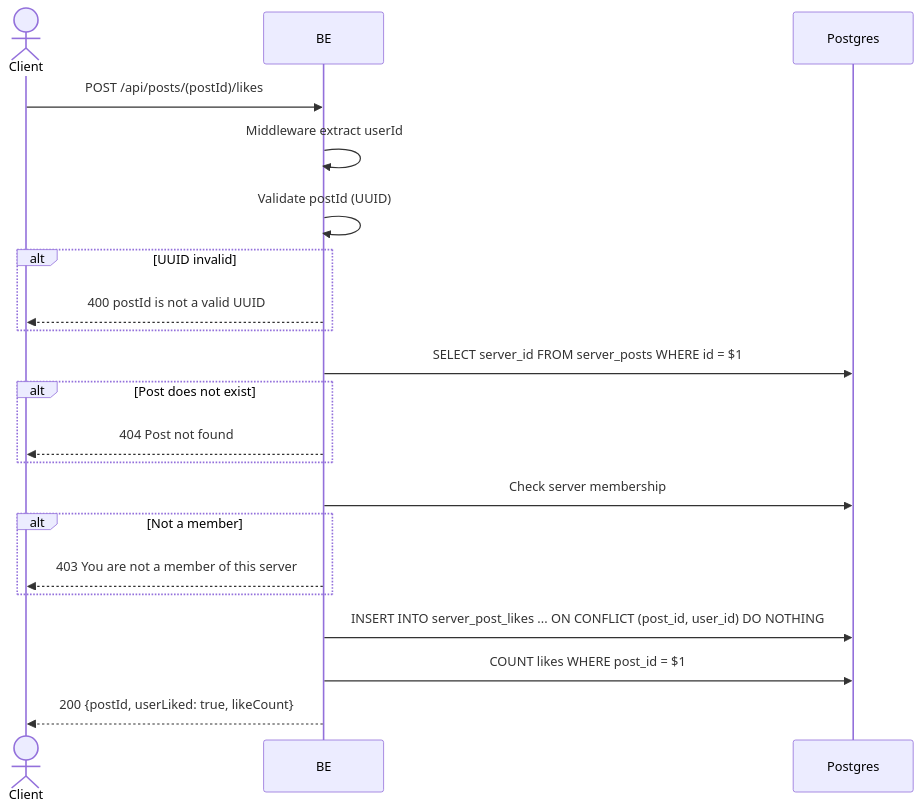
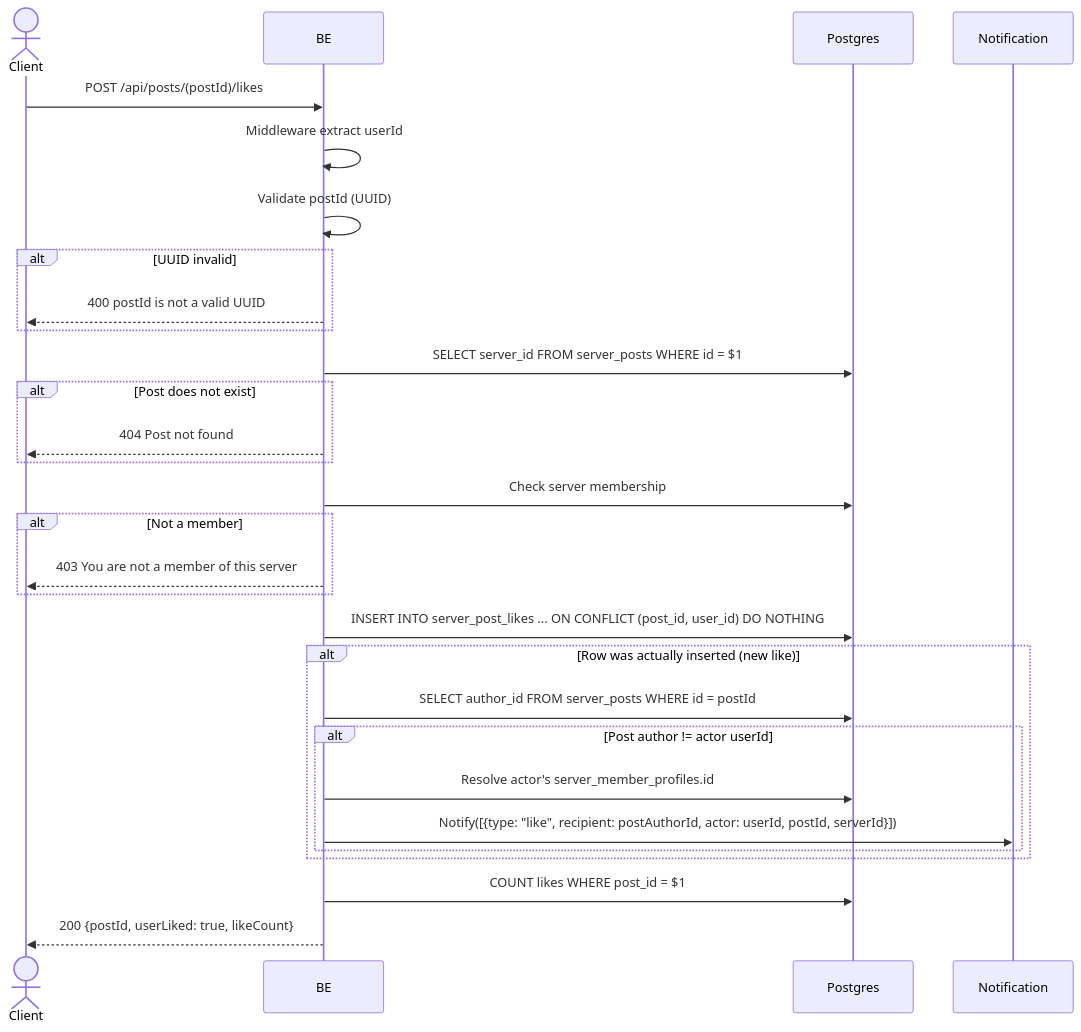
The diagram in docs/flows/en/like_post.md (ferdian3456/virdanproject), drawn with Mermaid before and after one commit. The commit also changed other lines of this file and 67 other files, not shown here.

First line of the commit message:
Audit and fix API flow docs; add missing Payment/Chat documentation (#42)

````diff
--- a/docs/flows/en/like_post.md
+++ b/docs/flows/en/like_post.md
@@ -13,24 +13,32 @@
 ```mermaid
 sequenceDiagram
     actor Client
     participant BE
     participant Postgres
+    participant Notification
 
     Client->>BE: POST /api/posts/(postId)/likes
     BE->>BE: Middleware extract userId
     BE->>BE: Validate postId (UUID)
     alt UUID invalid
         BE-->>Client: 400 postId is not a valid UUID
     end
     BE->>Postgres: SELECT server_id FROM server_posts WHERE id = $1
     alt Post does not exist
         BE-->>Client: 404 Post not found
     end
     BE->>Postgres: Check server membership
     alt Not a member
         BE-->>Client: 403 You are not a member of this server
     end
     BE->>Postgres: INSERT INTO server_post_likes ... ON CONFLICT (post_id, user_id) DO NOTHING
+    alt Row was actually inserted (new like)
+        BE->>Postgres: SELECT author_id FROM server_posts WHERE id = postId
+        alt Post author != actor userId
+            BE->>Postgres: Resolve actor's server_member_profiles.id
+            BE->>Notification: Notify([{type: "like", recipient: postAuthorId, actor: userId, postId, serverId}])
+        end
+    end
     BE->>Postgres: COUNT likes WHERE post_id = $1
     BE-->>Client: 200 {postId, userLiked: true, likeCount}
 ```
````
